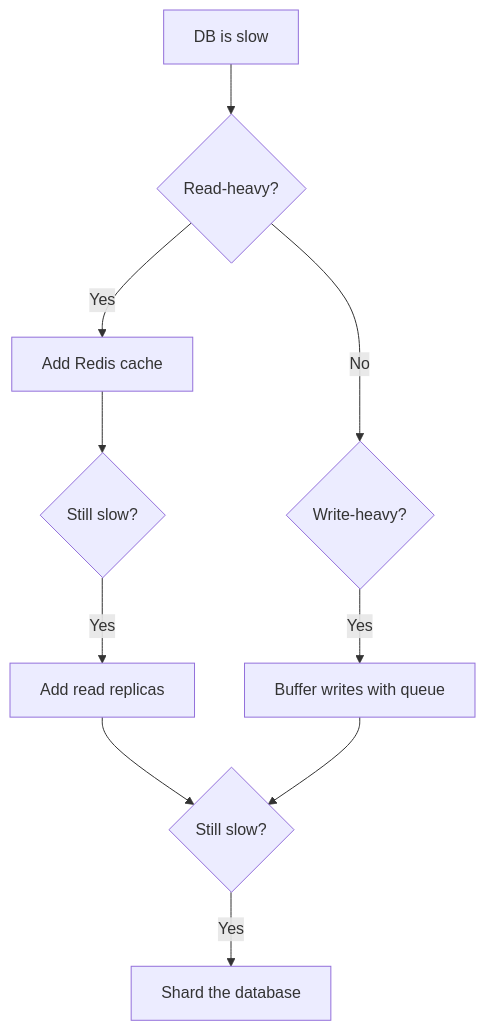
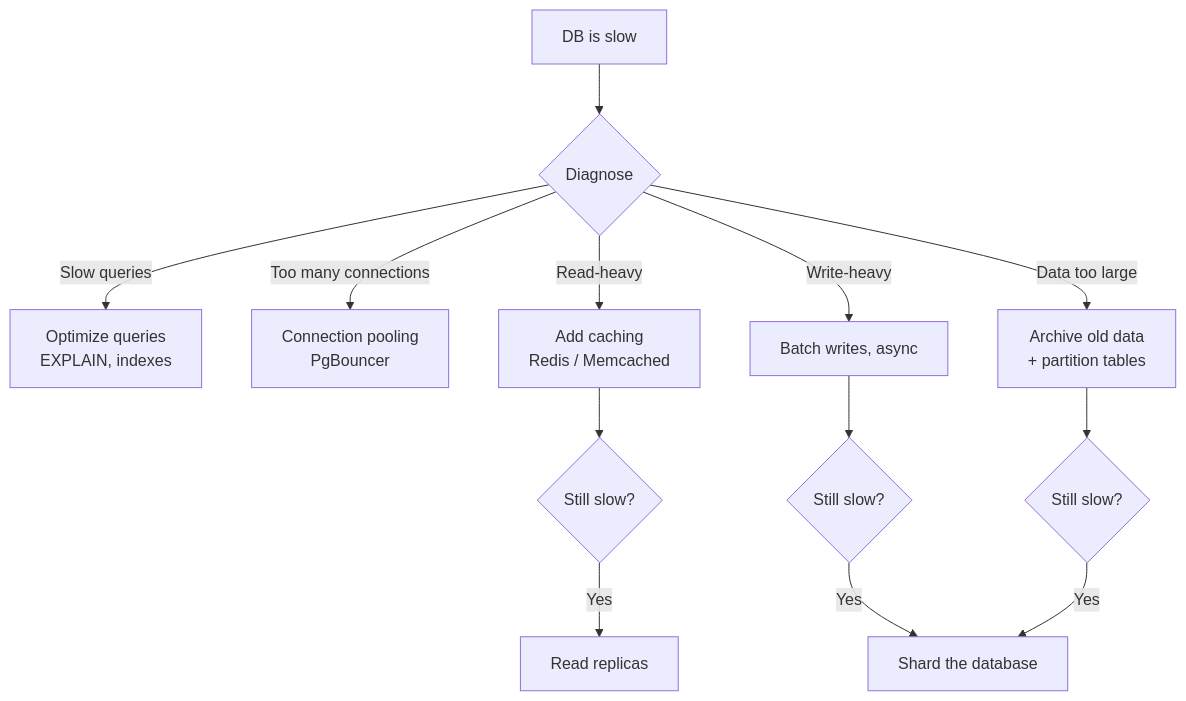
Diagram 16 of 17 in 02-system-design/fundamentals/08-databases.md (EndianKnight/interview-prep), drawn with Mermaid before and after one commit. The commit also changed other lines of this file and 5 other files, not shown here.

````diff
--- a/02-system-design/fundamentals/08-databases.md
+++ b/02-system-design/fundamentals/08-databases.md
@@ -112,12 +802,15 @@
 ```mermaid
 graph TD
-    Start[DB is slow] --> Q1{Read-heavy?}
-    Q1 -->|Yes| Cache[Add Redis cache]
-    Q1 -->|No| Q2{Write-heavy?}
-    Cache --> Q3{Still slow?}
-    Q3 -->|Yes| Replica[Add read replicas]
-    Q2 -->|Yes| Queue[Buffer writes with queue]
-    Replica --> Q4{Still slow?}
-    Q4 -->|Yes| Shard[Shard the database]
-    Queue --> Q4
+    Start["DB is slow"] --> Diag{Diagnose}
+    Diag -->|"Slow queries"| OptQ["Optimize queries<br/>EXPLAIN, indexes"]
+    Diag -->|"Too many connections"| Pool["Connection pooling<br/>PgBouncer"]
+    Diag -->|"Read-heavy"| Cache["Add caching<br/>Redis / Memcached"]
+    Cache --> StillSlow1{Still slow?}
+    StillSlow1 -->|Yes| Replicas["Read replicas"]
+    Diag -->|"Write-heavy"| WriteOpt["Batch writes, async"]
+    WriteOpt --> StillSlow2{Still slow?}
+    StillSlow2 -->|Yes| Shard["Shard the database"]
+    Diag -->|"Data too large"| Archive["Archive old data<br/>+ partition tables"]
+    Archive --> StillSlow3{Still slow?}
+    StillSlow3 -->|Yes| Shard
 ```
````
